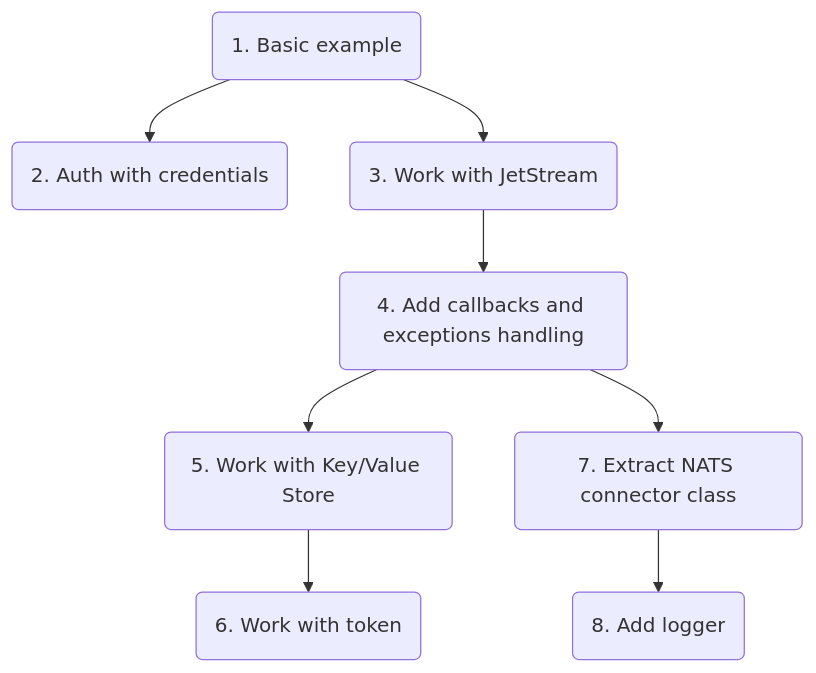
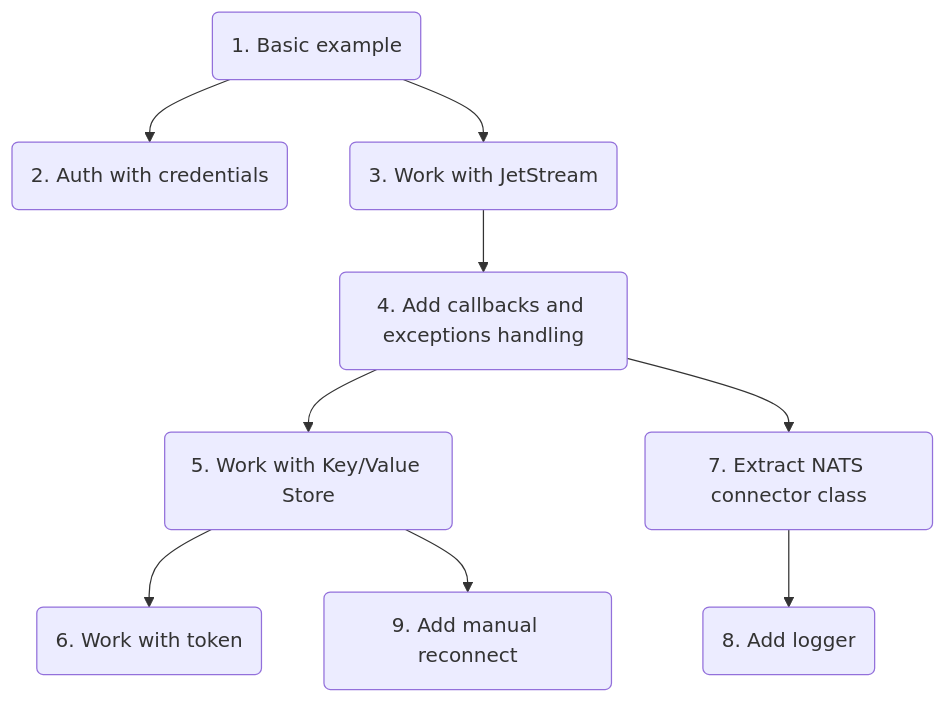
Before and after one commit to amaargiru/nats-io-examples: the diagram in README.md, drawn with Mermaid. The commit also changed other lines of this file and 3 other files, not shown here.

Commit message:
Add manual reconnect

````diff
--- a/README.md
+++ b/README.md
@@ -23,10 +23,11 @@
 ```mermaid
   graph TD;
       A(1. Basic example)-->B(2. Auth with credentials);
       A-->C(3. Work with JetStream);
       C-->D(4. Add callbacks and exceptions handling);
       D-->E(5. Work with Key/Value Store);
       E-->F(6. Work with token)
       D-->G(7. Extract NATS connector class)
       G-->H(8. Add logger)
+      E-->I(9. Add manual reconnect)
 ```
````
